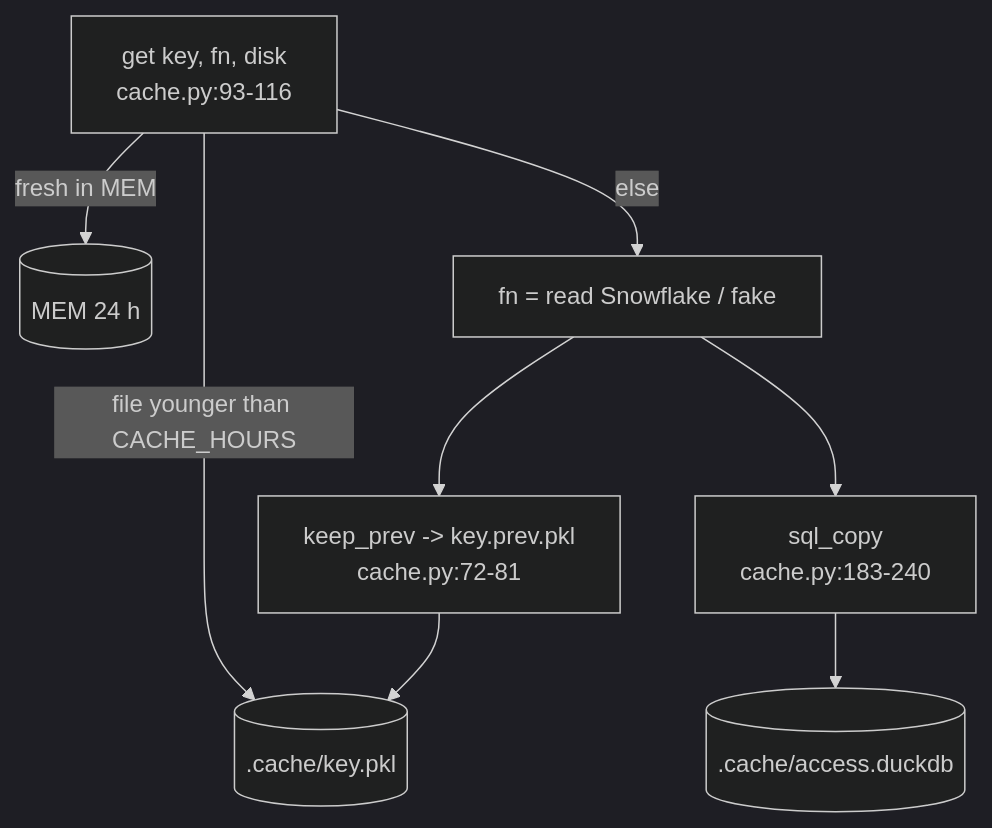
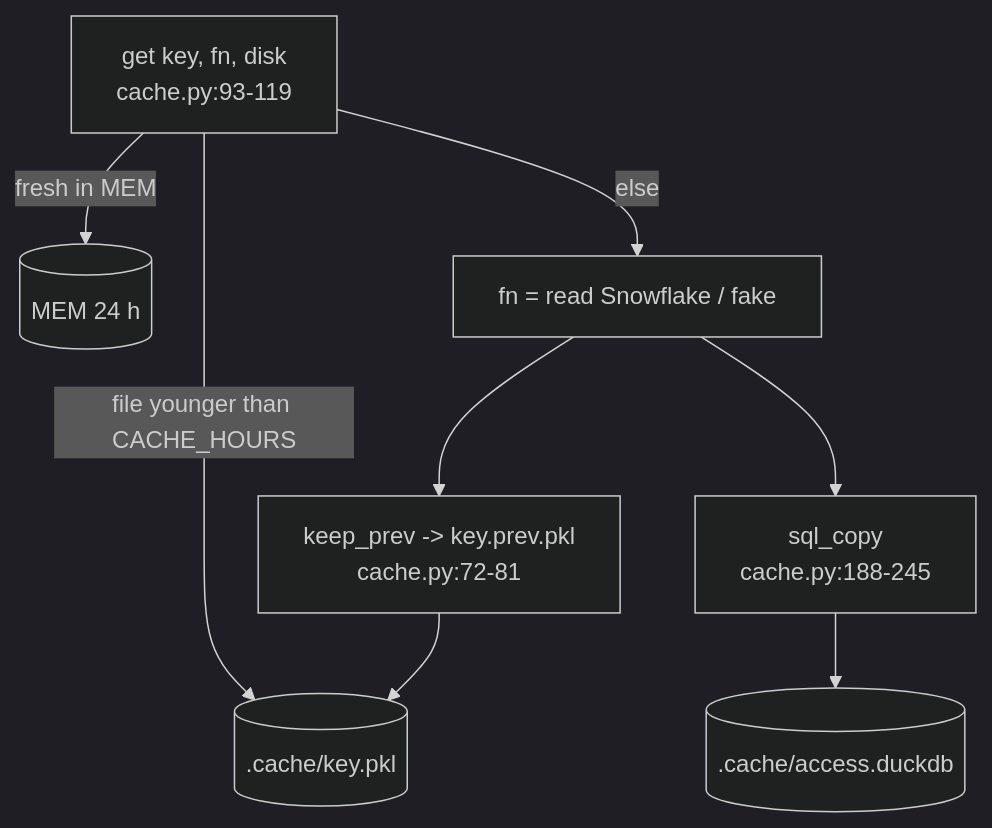
Before and after one commit to darshanmeel/snowflake-access-explorer: the diagram in snowflake-access-explorer-knowledge-graph/modules/cache.md, drawn with Mermaid (dark theme). The commit also changed other lines of this file and 147 other files, not shown here.

````diff
--- a/snowflake-access-explorer-knowledge-graph/modules/cache.md
+++ b/snowflake-access-explorer-knowledge-graph/modules/cache.md
@@ -5,10 +5,10 @@
 ```mermaid
 flowchart TD
-  G[get key, fn, disk<br/>cache.py:93-116] -->|fresh in MEM| M[(MEM 24 h)]
+  G[get key, fn, disk<br/>cache.py:93-119] -->|fresh in MEM| M[(MEM 24 h)]
   G -->|file younger than CACHE_HOURS| P[(.cache/key.pkl)]
   G -->|else| FN[fn = read Snowflake / fake]
-  FN --> SQ[sql_copy<br/>cache.py:183-240]
+  FN --> SQ[sql_copy<br/>cache.py:188-245]
   FN --> KP[keep_prev -> key.prev.pkl<br/>cache.py:72-81]
   KP --> P
   SQ --> D[(.cache/access.duckdb)]
 ```
````
